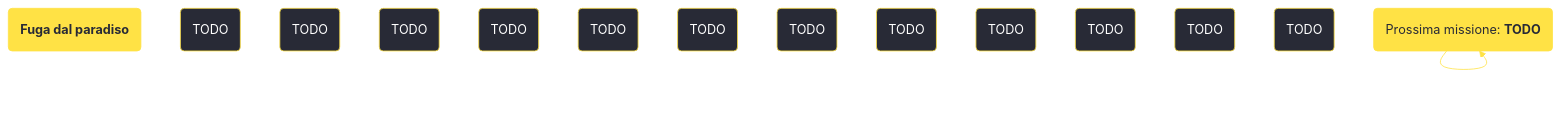
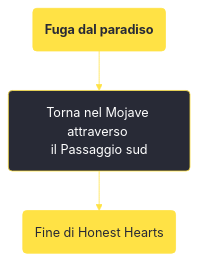
Before and after one commit to persy/wastelander: the diagram in content/voci/fallout new vegas/missioni/Fuga dal paradiso.md, drawn with Mermaid. The commit also changed 174 other files, not shown here.

````diff
--- a/content/voci/fallout new vegas/missioni/Fuga dal paradiso.md
+++ b/content/voci/fallout new vegas/missioni/Fuga dal paradiso.md
@@ -32,24 +32,12 @@
 ```mermaid
 %%{init: {'theme': 'base', 'themeVariables': { 'primaryColor': '#282a36', 'primaryBorderColor': '#ffe245', 'primaryTextColor': '#fff', 'lineColor': '#ffe245', 'fontFamily': 'Jura'}}}%%
 graph TD;
     id1(<b>Fuga dal paradiso</b>):::questfnv
-    id2(TODO)
-    id3(TODO)
-    id4(TODO)
-    id5(TODO)
-    id6(TODO)
-    id7(TODO) 
-    id8(TODO)
-    id9(TODO)
-    id10(TODO)
-    id11(TODO)
-    id12(TODO)
-    id13(TODO) 
-    id(TODO):::rewardfnv
-    id(Prossima missione: <b>TODO</b>):::questfnv
-    id-->id-->id-->id-->id-->id-->id
+    id2(Torna nel Mojave attraverso <br />il Passaggio sud)
+    id3(Fine di Honest Hearts):::questfnv
+    id1-->id2-->id3
     
-    click id "../TODO"
+    
     classDef rewardfnv fill:#ffe245, stroke:#ffe245, color:#282a36;
     classDef questfnv fill:#ffe245, stroke:#ffe245, color:#282a36;
 ```
````
